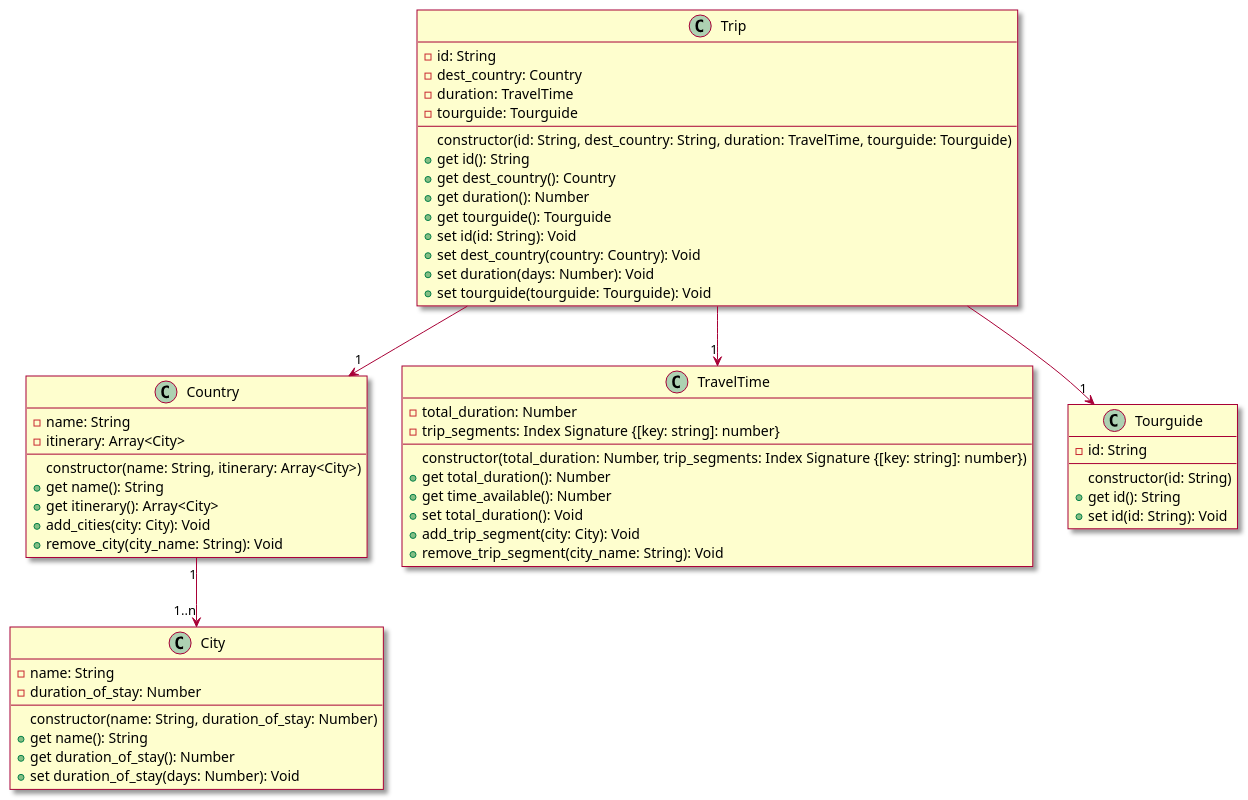
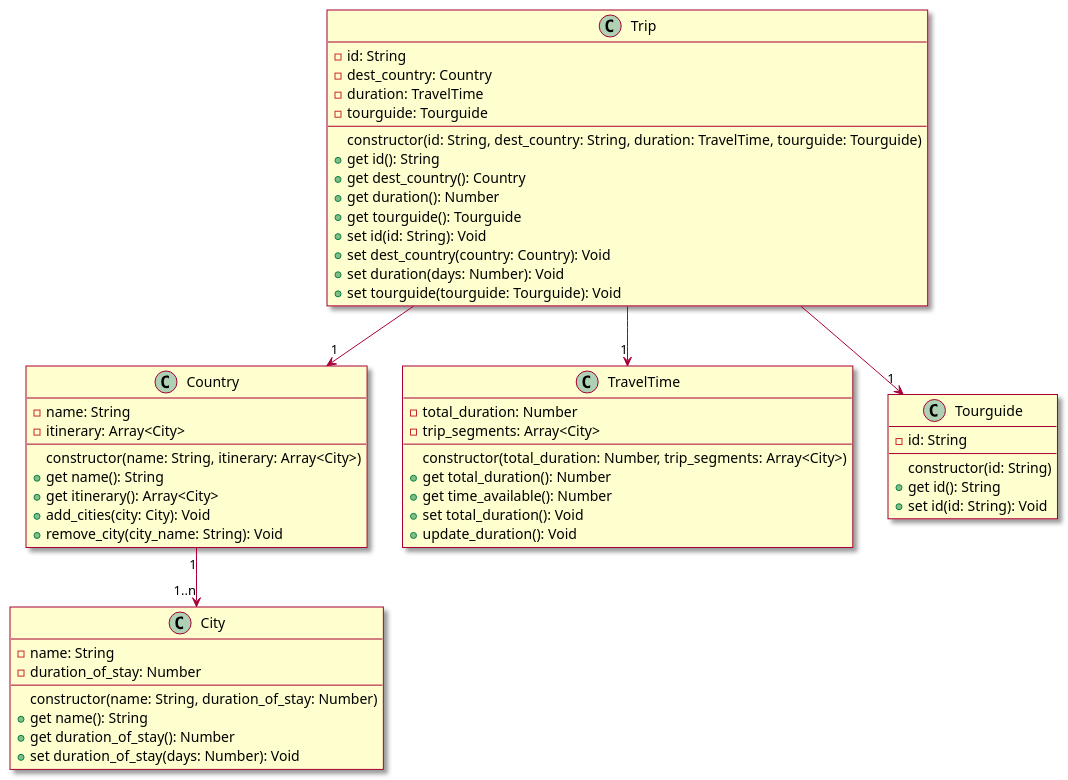
Before and after one commit to mPerezHeilig/Webtech_App: the diagram in docs/classdiagram.puml, drawn with PlantUML. The commit also changed 6 other files, not shown here.

```diff
--- a/docs/classdiagram.puml
+++ b/docs/classdiagram.puml
@@ -3,63 +3,62 @@
 @startuml
 hide empty members
 skin rose
 
 class Trip {
     -id: String
     -dest_country: Country
     -duration: TravelTime
     -tourguide: Tourguide
     constructor(id: String, dest_country: String, duration: TravelTime, tourguide: Tourguide)
     +get id(): String
     +get dest_country(): Country
     +get duration(): Number
     +get tourguide(): Tourguide
     +set id(id: String): Void
     +set dest_country(country: Country): Void
     +set duration(days: Number): Void
     +set tourguide(tourguide: Tourguide): Void
 }
 
 class Country {
     -name: String
     -itinerary: Array<City>
     constructor(name: String, itinerary: Array<City>)
     +get name(): String
     +get itinerary(): Array<City>
     +add_cities(city: City): Void
     +remove_city(city_name: String): Void
 }
 
 class City {
     -name: String
     -duration_of_stay: Number
     constructor(name: String, duration_of_stay: Number)
     +get name(): String
     +get duration_of_stay(): Number
     +set duration_of_stay(days: Number): Void
 }
 
 class TravelTime {
     -total_duration: Number
-    -trip_segments: Index Signature {[key: string]: number}
-    constructor(total_duration: Number, trip_segments: Index Signature {[key: string]: number})
+    -trip_segments: Array<City>
+    constructor(total_duration: Number, trip_segments: Array<City>)
     +get total_duration(): Number
     +get time_available(): Number
     +set total_duration(): Void
-    +add_trip_segment(city: City): Void
-    +remove_trip_segment(city_name: String): Void
+    +update_duration(): Void
 }
 
 class Tourguide {
     -id: String
     constructor(id: String)
     +get id(): String
     +set id(id: String): Void
 }
 
 'Beziehungsarten anpassen'
 Trip --> "1" Country
 Country "1" --> "1..n" City
 Trip --> "1" TravelTime
 Trip --> "1" Tourguide
 @enduml
```
